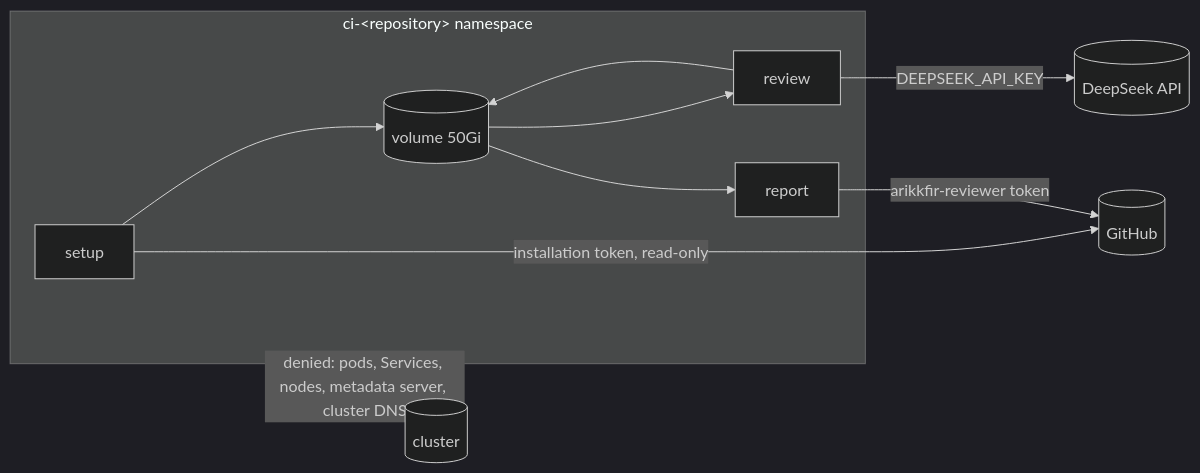
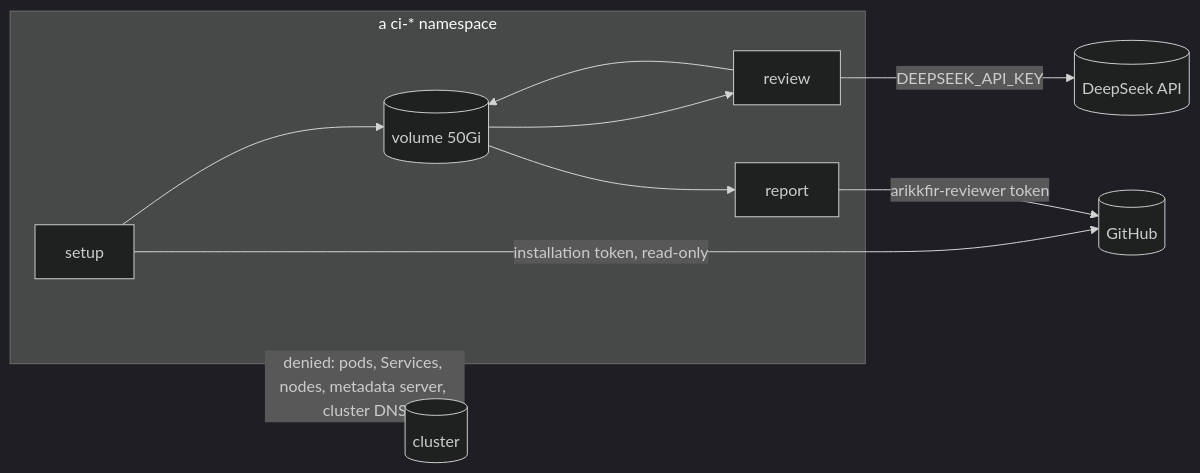
One commit to arikkfir-org/docs changed the second of 2 diagrams in hub/designs/pr-reviewer.md. Above: the diagram before and after it, drawn with Mermaid (dark theme). The commit also changed other lines of this file, not shown here.

First line of the commit message:
docs(hub): fix the reviewer design's sequence diagram

````diff
--- a/hub/designs/pr-reviewer.md
+++ b/hub/designs/pr-reviewer.md
@@ -78,17 +78,17 @@
 ```mermaid
 flowchart LR
-  subgraph NS["ci-&lt;repository&gt; namespace"]
+  subgraph NS["a ci-* namespace"]
     S[setup]
     R[review]
     P[report]
     V[(volume 50Gi)]
     S --> V
     V --> R
     R --> V
     V --> P
   end
   S -- installation token, read-only --> GH[(GitHub)]
   R -- DEEPSEEK_API_KEY --> DS[(DeepSeek API)]
   P -- arikkfir-reviewer token --> GH
   NS -. denied: pods, Services, nodes, metadata server, cluster DNS .-> K[(cluster)]
 ```
````
